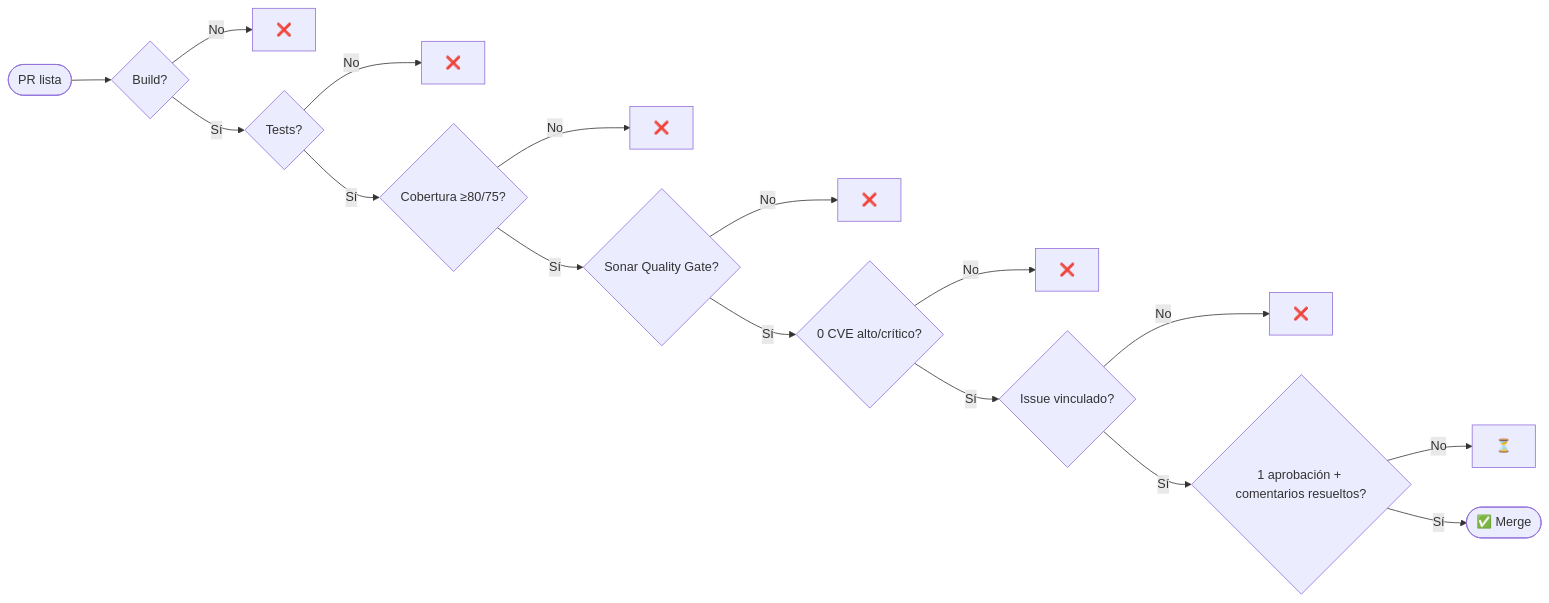
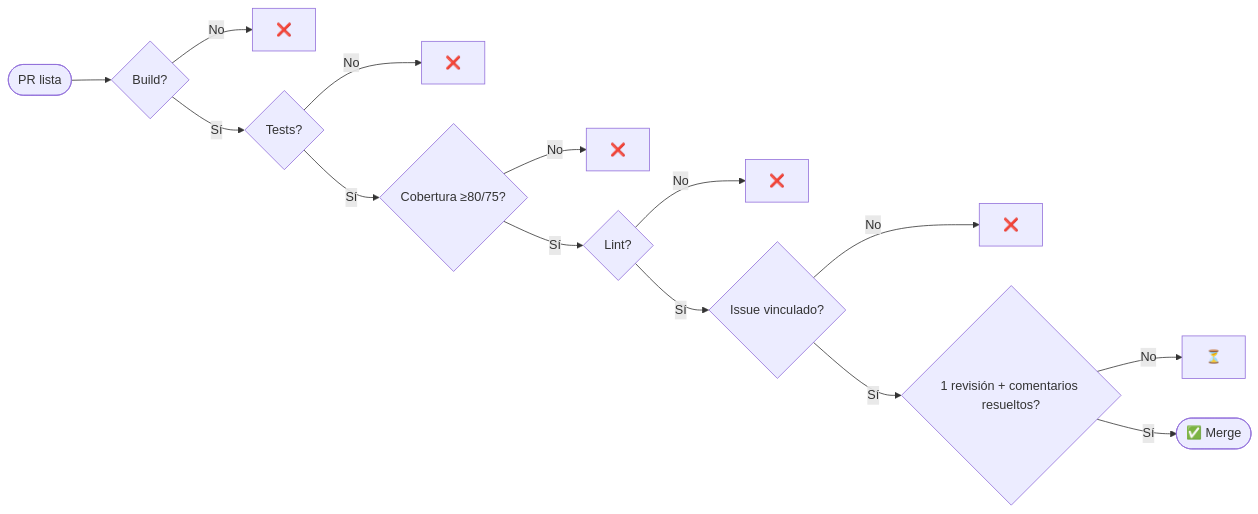
Before and after one commit to lcasadov/parking: the second of 2 diagrams in docs/pull-requests.md, drawn with Mermaid. The commit also changed other lines of this file and 12 other files, not shown here.

````diff
--- a/docs/pull-requests.md
+++ b/docs/pull-requests.md
@@ -170,18 +170,16 @@
 ```mermaid
 flowchart LR
     PR([PR lista]) --> C1{Build?}
     C1 -->|No| X1[❌]
     C1 -->|Sí| C2{Tests?}
     C2 -->|No| X2[❌]
     C2 -->|Sí| C3{Cobertura ≥80/75?}
     C3 -->|No| X3[❌]
-    C3 -->|Sí| C4{Sonar Quality Gate?}
+    C3 -->|Sí| C4{Lint?}
     C4 -->|No| X4[❌]
-    C4 -->|Sí| C5{0 CVE alto/crítico?}
+    C4 -->|Sí| C5{Issue vinculado?}
     C5 -->|No| X5[❌]
-    C5 -->|Sí| C6{Issue vinculado?}
-    C6 -->|No| X6[❌]
-    C6 -->|Sí| C7{1 aprobación + comentarios resueltos?}
-    C7 -->|No| W[⏳]
-    C7 -->|Sí| M([✅ Merge])
+    C5 -->|Sí| C6{1 revisión + comentarios resueltos?}
+    C6 -->|No| W[⏳]
+    C6 -->|Sí| M([✅ Merge])
 ```
````
